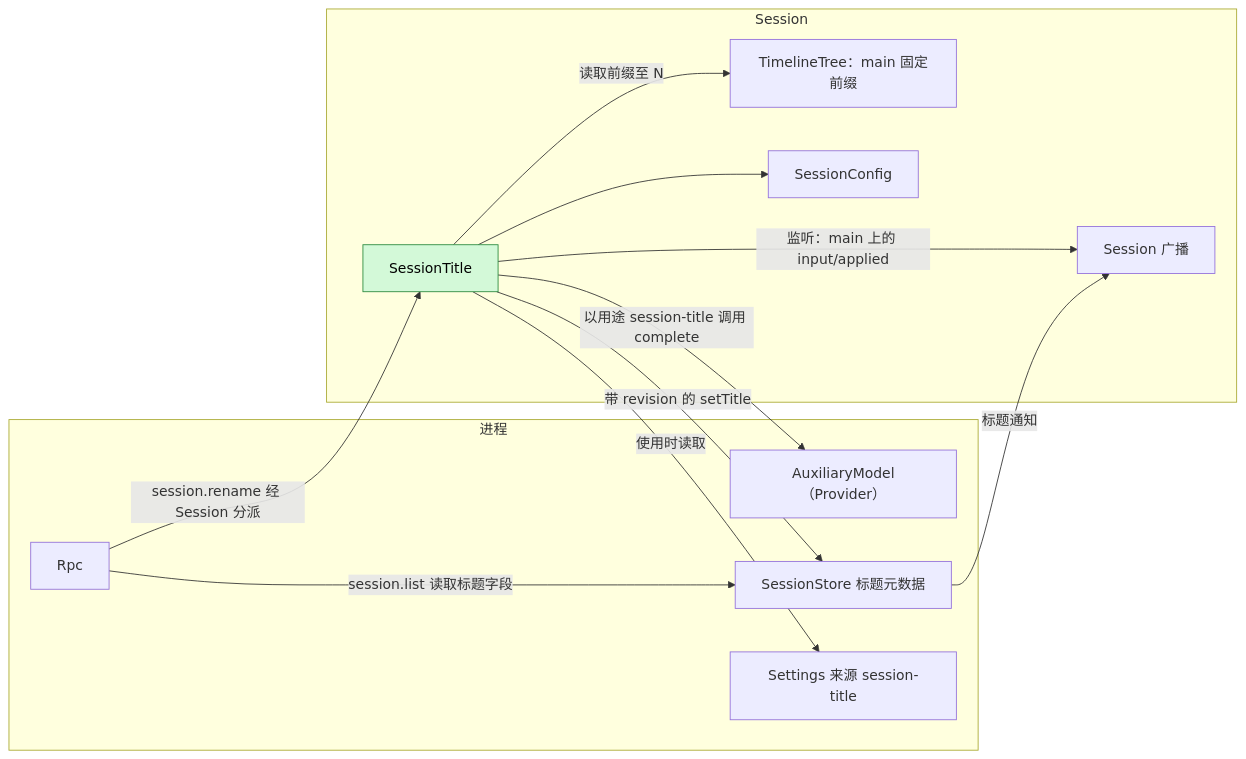
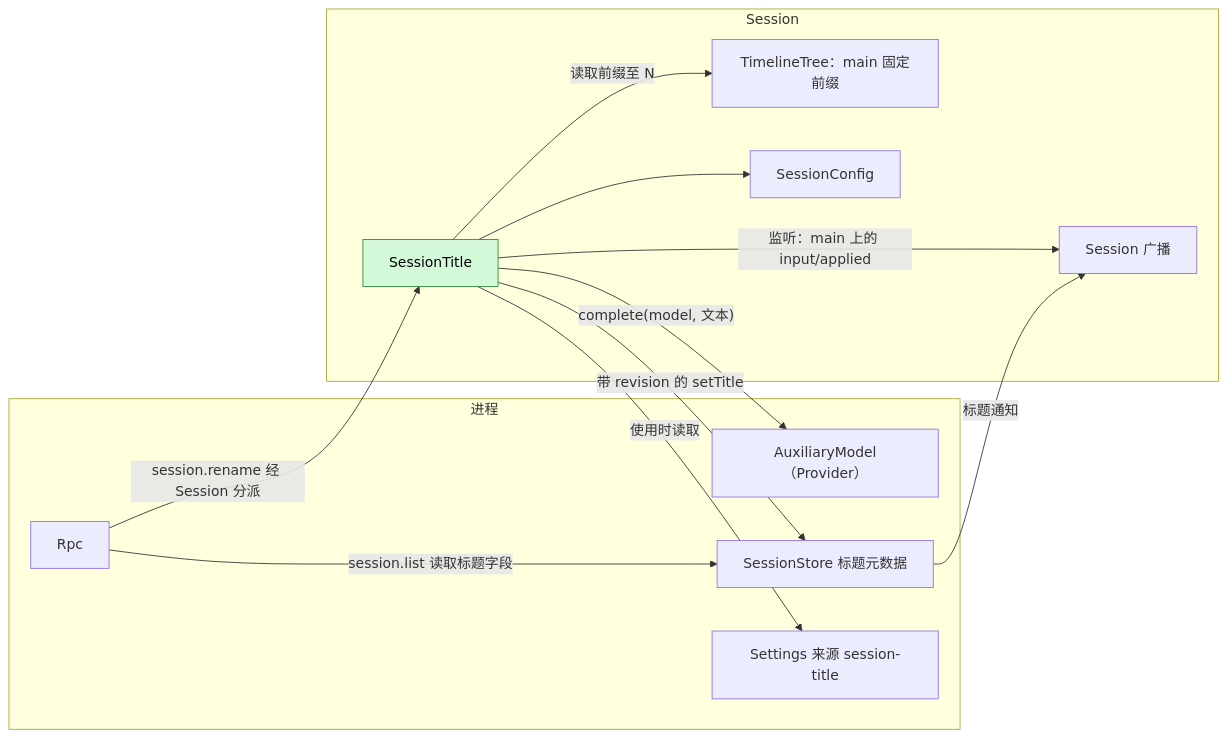
The first of 5 diagrams in docs/zh/design/plugins/SessionTitle.md (CoutinhoTTS/dim-agent), drawn with Mermaid before and after one commit. The commit also changed other lines of this file and 14 other files, not shown here.

````diff
--- a/docs/zh/design/plugins/SessionTitle.md
+++ b/docs/zh/design/plugins/SessionTitle.md
@@ -9,25 +9,25 @@
 ```mermaid
 flowchart LR
   subgraph PROC["进程"]
     AUX["AuxiliaryModel（Provider）"]
     META["SessionStore 标题元数据"]
     Settings["Settings 来源 session-title"]
     Rpc["Rpc"]
   end
   subgraph SESS["Session"]
     ST["SessionTitle"]:::new
     SB["Session 广播"]
     TT["TimelineTree：main 固定前缀"]
     CFG["SessionConfig"]
   end
   ST -->|"监听：main 上的 input/applied"| SB
   ST -->|"读取前缀至 N"| TT
   ST --> CFG
-  ST -->|"以用途 session-title 调用 complete"| AUX
+  ST -->|"complete(model, 文本)"| AUX
   ST -->|"带 revision 的 setTitle"| META
   META -->|"标题通知"| SB
   ST -->|"使用时读取"| Settings
   Rpc -->|"session.rename 经 Session 分派"| ST
   Rpc -->|"session.list 读取标题字段"| META
   classDef new fill:#d3f9d8,stroke:#2b8a3e,color:#000
 ```
````
